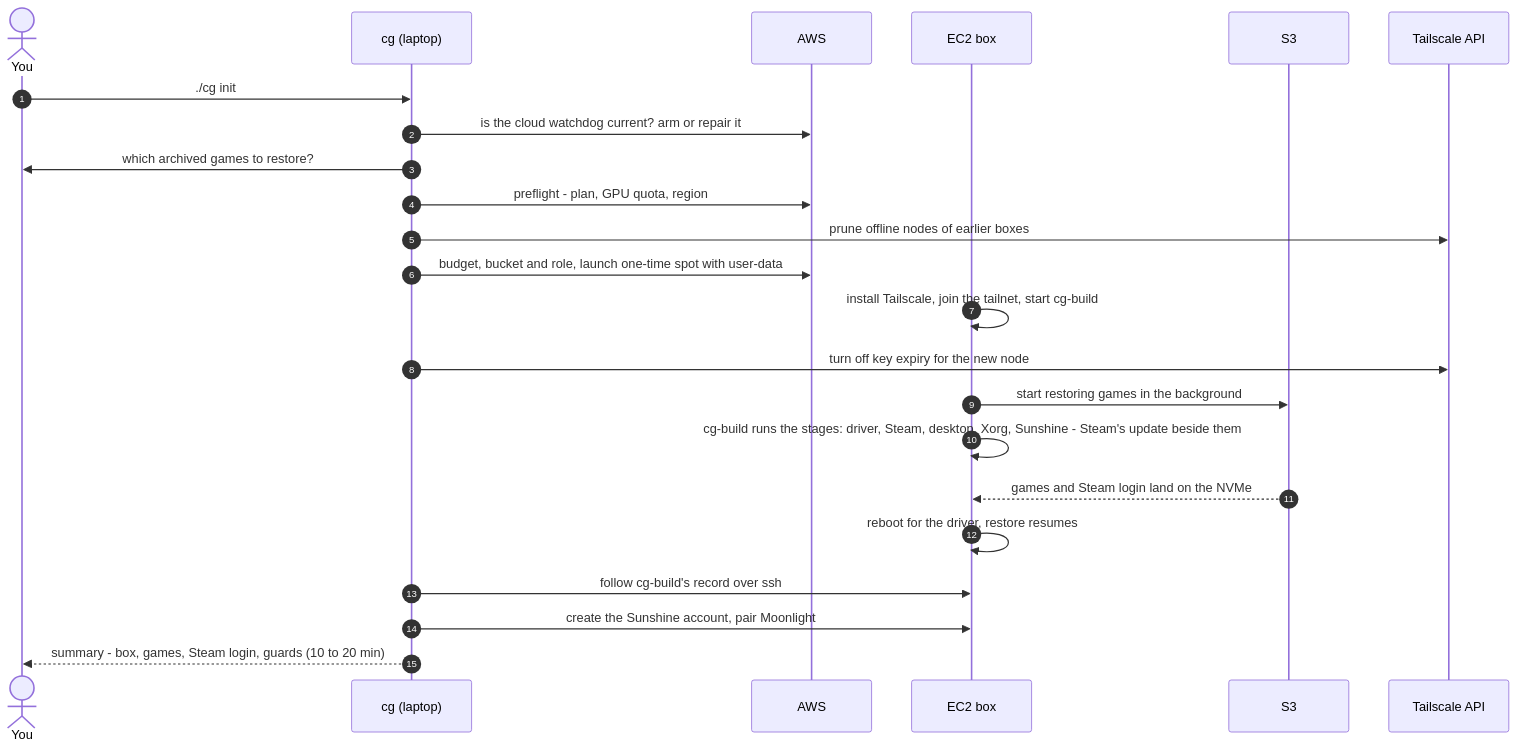
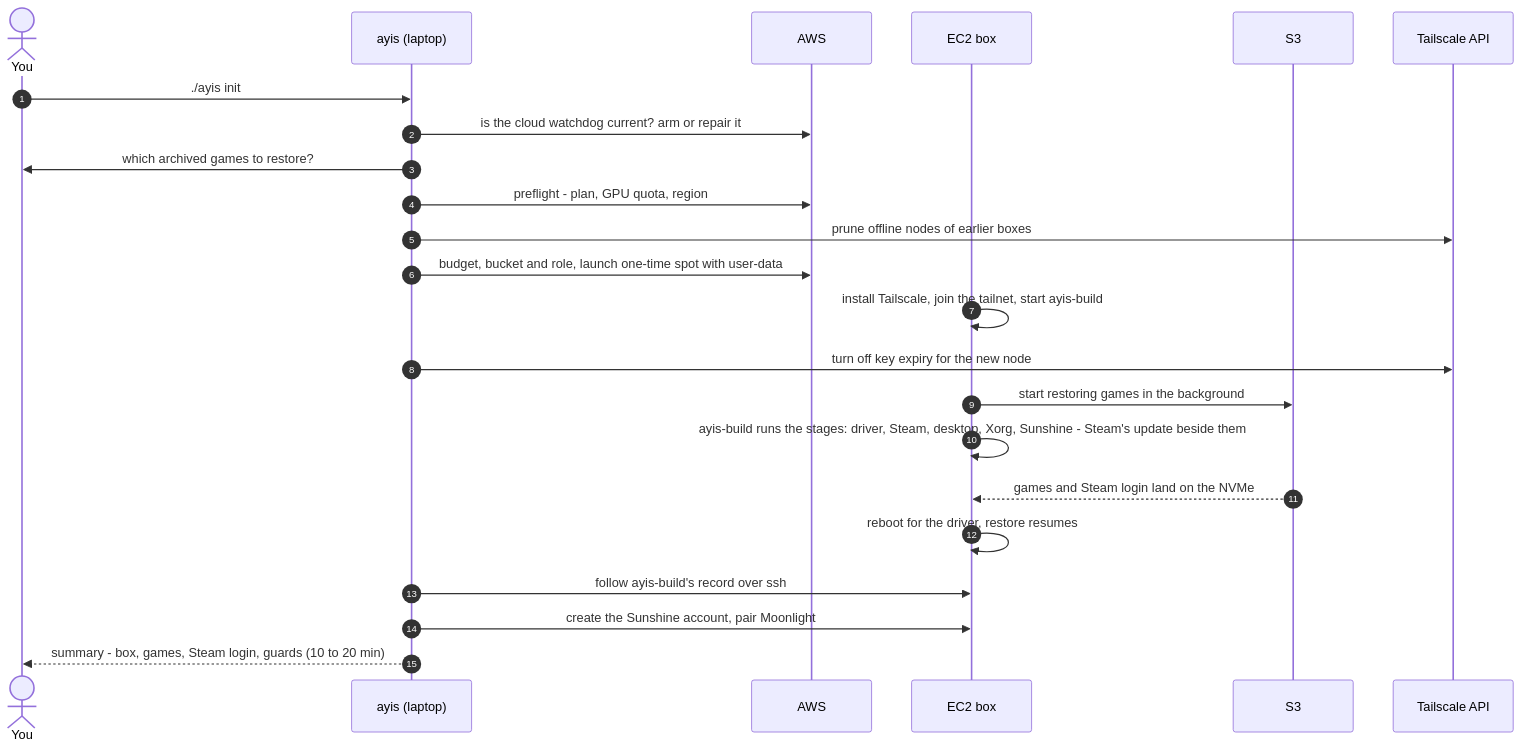
One commit to jebin2/aws_cloud_gaming changed the fourth of 9 diagrams in docs/architecture.md. Above: the diagram before and after it, drawn with Mermaid. The commit also changed other lines of this file and 334 other files, not shown here.

````diff
--- a/docs/architecture.md
+++ b/docs/architecture.md
@@ -135,26 +135,26 @@
 ```mermaid
 sequenceDiagram
   autonumber
   actor You
-  participant cg as cg (laptop)
+  participant ayis as ayis (laptop)
   participant AWS
   participant EC2 as EC2 box
   participant S3
   participant TS as Tailscale API
 
-  You->>cg: ./cg init
-  cg->>AWS: is the cloud watchdog current? arm or repair it
-  cg->>You: which archived games to restore?
-  cg->>AWS: preflight - plan, GPU quota, region
-  cg->>TS: prune offline nodes of earlier boxes
-  cg->>AWS: budget, bucket and role, launch one-time spot with user-data
-  EC2->>EC2: install Tailscale, join the tailnet, start cg-build
-  cg->>TS: turn off key expiry for the new node
+  You->>ayis: ./ayis init
+  ayis->>AWS: is the cloud watchdog current? arm or repair it
+  ayis->>You: which archived games to restore?
+  ayis->>AWS: preflight - plan, GPU quota, region
+  ayis->>TS: prune offline nodes of earlier boxes
+  ayis->>AWS: budget, bucket and role, launch one-time spot with user-data
+  EC2->>EC2: install Tailscale, join the tailnet, start ayis-build
+  ayis->>TS: turn off key expiry for the new node
   EC2->>S3: start restoring games in the background
-  EC2->>EC2: cg-build runs the stages: driver, Steam, desktop, Xorg, Sunshine - Steam's update beside them
+  EC2->>EC2: ayis-build runs the stages: driver, Steam, desktop, Xorg, Sunshine - Steam's update beside them
   S3-->>EC2: games and Steam login land on the NVMe
   EC2->>EC2: reboot for the driver, restore resumes
-  cg->>EC2: follow cg-build's record over ssh
-  cg->>EC2: create the Sunshine account, pair Moonlight
-  cg-->>You: summary - box, games, Steam login, guards (10 to 20 min)
+  ayis->>EC2: follow ayis-build's record over ssh
+  ayis->>EC2: create the Sunshine account, pair Moonlight
+  ayis-->>You: summary - box, games, Steam login, guards (10 to 20 min)
 ```
````
